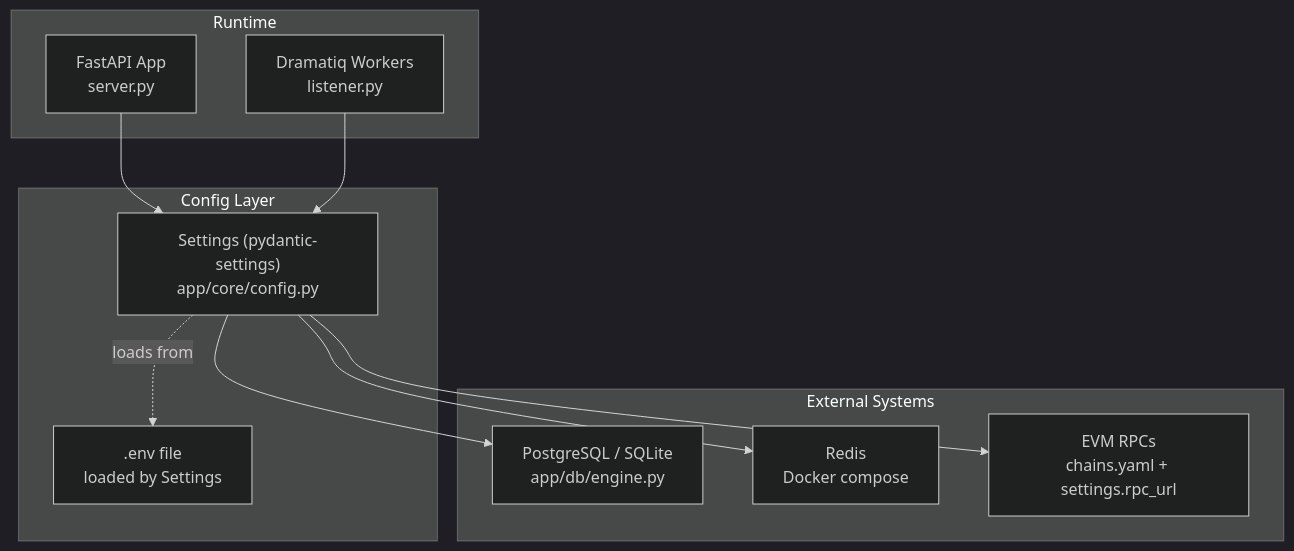
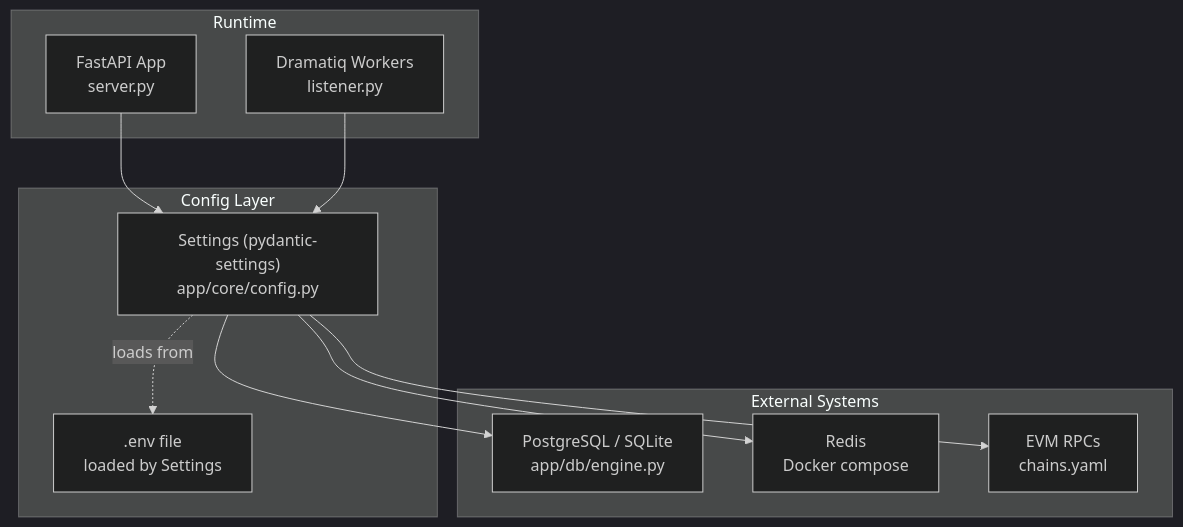
The first of 8 diagrams in docs/configuration-management/environment-variables.md (rakibhossain72/ctrip-docs), drawn with Mermaid (dark theme) before and after one commit. The commit also changed other lines of this file and 8 other files, not shown here.

Commit message:
docs: Remove all mentions of a global RPC URL and its fallback mechanism, relying solely on chains.yaml for RPC configuration.

````diff
--- a/docs/configuration-management/environment-variables.md
+++ b/docs/configuration-management/environment-variables.md
@@ -36,22 +36,22 @@
 ```mermaid
 graph TB
 subgraph "Runtime"
 S["FastAPI App<br/>server.py"]
 W["Dramatiq Workers<br/>listener.py"]
 end
 subgraph "Config Layer"
 C["Settings (pydantic-settings)<br/>app/core/config.py"]
 E[".env file<br/>loaded by Settings"]
 end
 subgraph "External Systems"
 DB["PostgreSQL / SQLite<br/>app/db/engine.py"]
 R["Redis<br/>Docker compose"]
-BC["EVM RPCs<br/>chains.yaml + settings.rpc_url"]
+BC["EVM RPCs<br/>chains.yaml"]
 end
 S --> C
 W --> C
 C --> DB
 C --> R
 C --> BC
 C -. "loads from" .-> E
 ```
````
